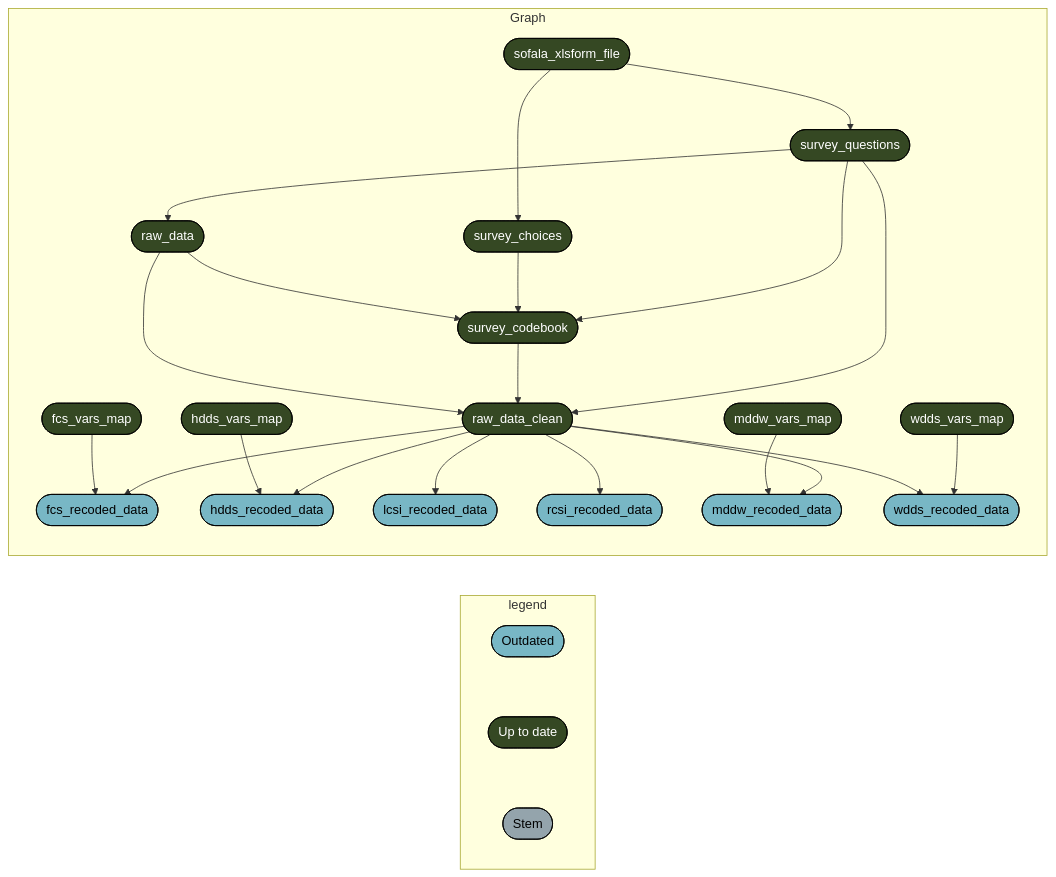
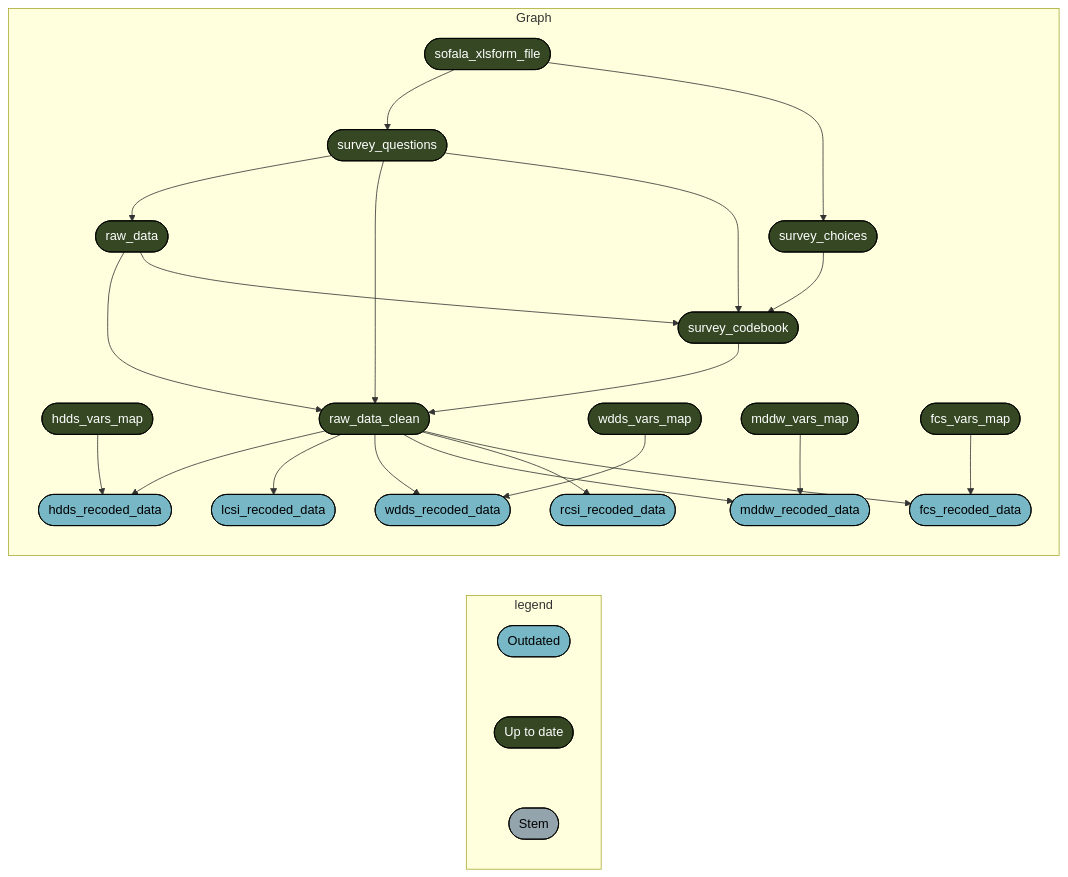
One commit to katilingban/mozambique-s3m changed the second of 5 diagrams in README.md. Above: the diagram before and after it, drawn with Mermaid. The commit also changed other lines of this file and 3 other files, not shown here.

````diff
--- a/README.md
+++ b/README.md
@@ -58,33 +58,33 @@
 ``` mermaid
 graph LR
   subgraph legend
     x0a52b03877696646([""Outdated""]):::outdated --- x7420bd9270f8d27d([""Up to date""]):::uptodate
     x7420bd9270f8d27d([""Up to date""]):::uptodate --- xbf4603d6c2c2ad6b([""Stem""]):::none
   end
   subgraph Graph
+    xd946f9fb4faff97c(["hdds_vars_map"]):::uptodate --> x5f4e9e79af1e1472(["hdds_recoded_data"]):::outdated
+    x09e58614f2343db8(["raw_data_clean"]):::uptodate --> x5f4e9e79af1e1472(["hdds_recoded_data"]):::outdated
+    x09e58614f2343db8(["raw_data_clean"]):::uptodate --> x1bfdb340aaf51c10(["lcsi_recoded_data"]):::outdated
+    x09e58614f2343db8(["raw_data_clean"]):::uptodate --> x89dfb95fe8e44cfd(["wdds_recoded_data"]):::outdated
+    xf222f81b7d734901(["wdds_vars_map"]):::uptodate --> x89dfb95fe8e44cfd(["wdds_recoded_data"]):::outdated
+    xcf59fc858ba254c4(["mddw_vars_map"]):::uptodate --> xaf0c296cd393c60a(["mddw_recoded_data"]):::outdated
+    x09e58614f2343db8(["raw_data_clean"]):::uptodate --> xaf0c296cd393c60a(["mddw_recoded_data"]):::outdated
+    x09e58614f2343db8(["raw_data_clean"]):::uptodate --> x9db0983be8f9a87e(["rcsi_recoded_data"]):::outdated
+    x0c65864d89dfd824(["survey_questions"]):::uptodate --> x136e4e85e6851637(["raw_data"]):::uptodate
     x6d5a6a038d8cf062(["fcs_vars_map"]):::uptodate --> x710620555a048954(["fcs_recoded_data"]):::outdated
     x09e58614f2343db8(["raw_data_clean"]):::uptodate --> x710620555a048954(["fcs_recoded_data"]):::outdated
+    x136e4e85e6851637(["raw_data"]):::uptodate --> x09e58614f2343db8(["raw_data_clean"]):::uptodate
+    xfcfc1959dbba8ed3(["survey_codebook"]):::uptodate --> x09e58614f2343db8(["raw_data_clean"]):::uptodate
+    x0c65864d89dfd824(["survey_questions"]):::uptodate --> x09e58614f2343db8(["raw_data_clean"]):::uptodate
+    x52eeb21c389d52d8(["sofala_xlsform_file"]):::uptodate --> x0c65864d89dfd824(["survey_questions"]):::uptodate
     x136e4e85e6851637(["raw_data"]):::uptodate --> xfcfc1959dbba8ed3(["survey_codebook"]):::uptodate
     x5aed27afbde18e19(["survey_choices"]):::uptodate --> xfcfc1959dbba8ed3(["survey_codebook"]):::uptodate
     x0c65864d89dfd824(["survey_questions"]):::uptodate --> xfcfc1959dbba8ed3(["survey_codebook"]):::uptodate
-    x0c65864d89dfd824(["survey_questions"]):::uptodate --> x136e4e85e6851637(["raw_data"]):::uptodate
-    xd946f9fb4faff97c(["hdds_vars_map"]):::uptodate --> x5f4e9e79af1e1472(["hdds_recoded_data"]):::outdated
-    x09e58614f2343db8(["raw_data_clean"]):::uptodate --> x5f4e9e79af1e1472(["hdds_recoded_data"]):::outdated
-    x09e58614f2343db8(["raw_data_clean"]):::uptodate --> x1bfdb340aaf51c10(["lcsi_recoded_data"]):::outdated
     x52eeb21c389d52d8(["sofala_xlsform_file"]):::uptodate --> x5aed27afbde18e19(["survey_choices"]):::uptodate
-    x52eeb21c389d52d8(["sofala_xlsform_file"]):::uptodate --> x0c65864d89dfd824(["survey_questions"]):::uptodate
-    x09e58614f2343db8(["raw_data_clean"]):::uptodate --> x9db0983be8f9a87e(["rcsi_recoded_data"]):::outdated
-    xcf59fc858ba254c4(["mddw_vars_map"]):::uptodate --> xaf0c296cd393c60a(["mddw_recoded_data"]):::outdated
-    x09e58614f2343db8(["raw_data_clean"]):::uptodate --> xaf0c296cd393c60a(["mddw_recoded_data"]):::outdated
-    x09e58614f2343db8(["raw_data_clean"]):::uptodate --> x89dfb95fe8e44cfd(["wdds_recoded_data"]):::outdated
-    xf222f81b7d734901(["wdds_vars_map"]):::uptodate --> x89dfb95fe8e44cfd(["wdds_recoded_data"]):::outdated
-    x136e4e85e6851637(["raw_data"]):::uptodate --> x09e58614f2343db8(["raw_data_clean"]):::uptodate
-    xfcfc1959dbba8ed3(["survey_codebook"]):::uptodate --> x09e58614f2343db8(["raw_data_clean"]):::uptodate
-    x0c65864d89dfd824(["survey_questions"]):::uptodate --> x09e58614f2343db8(["raw_data_clean"]):::uptodate
   end
   classDef outdated stroke:#000000,color:#000000,fill:#78B7C5;
   classDef uptodate stroke:#000000,color:#ffffff,fill:#354823;
   classDef none stroke:#000000,color:#000000,fill:#94a4ac;
   linkStyle 0 stroke-width:0px;
   linkStyle 1 stroke-width:0px;
 ```
````
